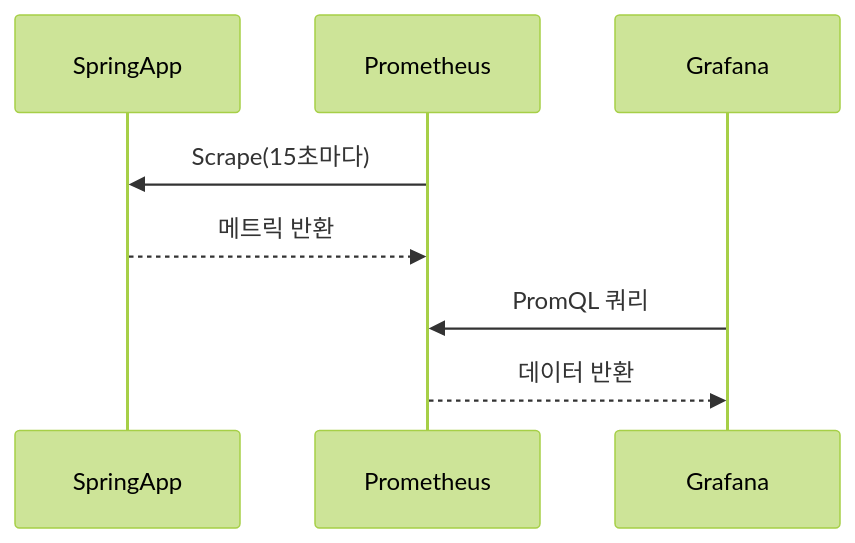
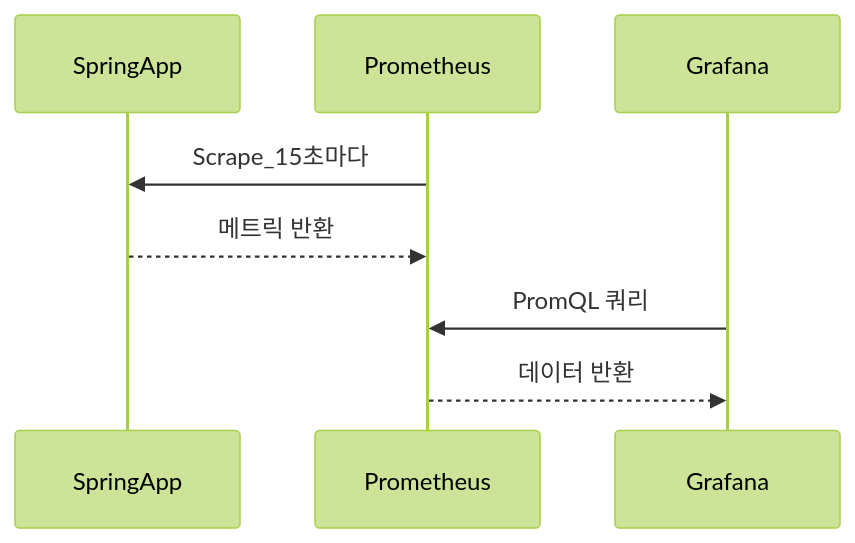
The second of 3 diagrams in _posts/monitoring/2026-05-01-monitoring-tools.md (yjkim2015/yjkim2015.github.io), drawn with Mermaid (forest theme) before and after one commit. The commit also changed 85 other files, not shown here.

First line of the commit message:
sequenceDiagram 문법 에러 2차 수정 169개 (86파일)

````diff
--- a/_posts/monitoring/2026-05-01-monitoring-tools.md
+++ b/_posts/monitoring/2026-05-01-monitoring-tools.md
@@ -48,10 +48,10 @@
 ```mermaid
 sequenceDiagram
     participant APP as SpringApp
     participant PROM as Prometheus
     participant GRAF as Grafana
-    PROM->>APP: Scrape(15초마다)
+    PROM->>APP: Scrape_15초마다
     APP-->>PROM: 메트릭 반환
     GRAF->>PROM: PromQL 쿼리
     PROM-->>GRAF: 데이터 반환
 ```
````
